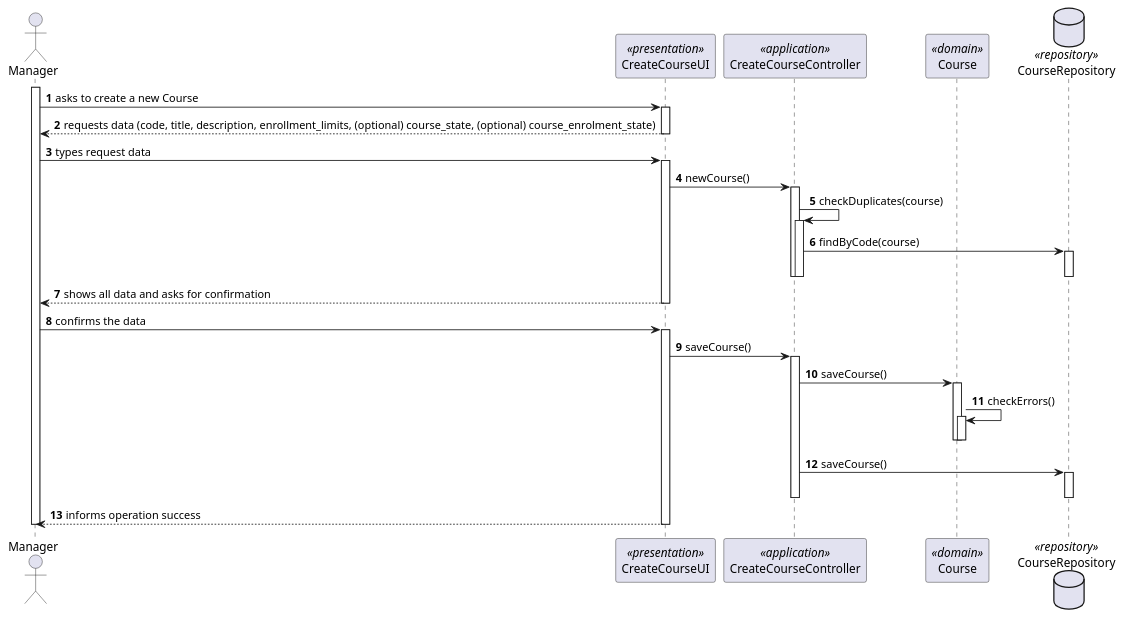
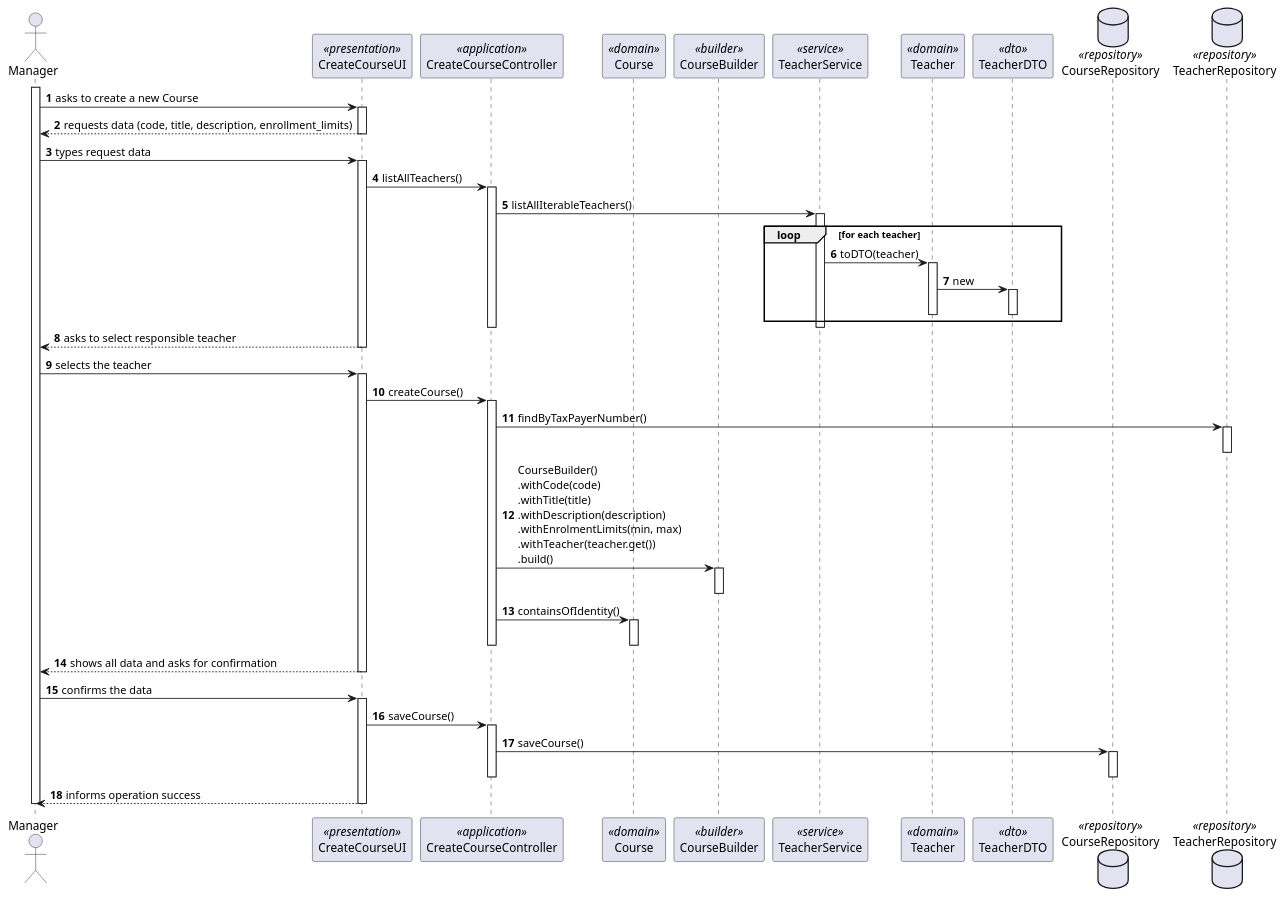
The diagram in docs/sprint-b/us08-1002/US1002_SD.puml (miseEnPlace-dev/lapr4), drawn with PlantUML before and after one commit. The commit also changed 3 other files, not shown here.

```diff
--- a/docs/sprint-b/us08-1002/US1002_SD.puml
+++ b/docs/sprint-b/us08-1002/US1002_SD.puml
@@ -1,61 +1,89 @@
 @startuml US1002_SD
 autonumber
 
 actor "Manager" as M
 participant "CreateCourseUI" as UI <<presentation>>
 participant "CreateCourseController" as CTRL <<application>>
 participant "Course" as C <<domain>>
+participant "CourseBuilder" as B <<builder>>
+participant "TeacherService" as TS <<service>>
+participant "Teacher" as T <<domain>>
+participant "TeacherDTO" as DTO <<dto>>
 
 database CourseRepository as REPC <<repository>>
+database TeacherRepository as TEAC <<repository>>
 
 activate M
 
 M -> UI : asks to create a new Course
 activate UI
 
-UI --> M : requests data (code, title, description, enrollment_limits, (optional) course_state, (optional) course_enrolment_state)
+UI --> M : requests data (code, title, description, enrollment_limits)
 deactivate UI
 
 M -> UI : types request data
 activate UI
 
-UI -> CTRL : newCourse()
+UI -> CTRL : listAllTeachers()
 activate CTRL
 
-CTRL -> CTRL : checkDuplicates(course)
+CTRL -> TS : listAllIterableTeachers()
+activate TS
+
+loop for each teacher
+  TS -> T : toDTO(teacher)
+  activate T
+  T -> DTO : new
+  activate DTO
+  deactivate DTO
+  deactivate T
+end loop
+
+deactivate TS
+
+deactivate CTRL
+
+UI --> M : asks to select responsible teacher
+deactivate UI
+
+M -> UI : selects the teacher
+activate UI
+
+UI -> CTRL : createCourse()
 activate CTRL
 
-CTRL -> REPC : findByCode(course)
-activate REPC
-deactivate REPC
+CTRL -> TEAC : findByTaxPayerNumber()
+activate TEAC
+deactivate TEAC
+
+CTRL -> B : CourseBuilder()\n.withCode(code)\n.withTitle(title)\n.withDescription(description)\n.withEnrolmentLimits(min, max)\n.withTeacher(teacher.get())\n.build()
+activate B
+deactivate B
+
+CTRL -> C : containsOfIdentity()
+activate C
+deactivate C
+
 deactivate CTRL
 deactivate CTRL
 
 UI --> M : shows all data and asks for confirmation
 deactivate UI
 
 M -> UI : confirms the data
 activate UI
 
 UI->CTRL : saveCourse()
 activate CTRL
 
-CTRL -> C : saveCourse()
-activate C
-
-C-> C : checkErrors()
-activate C
-deactivate C
-deactivate C
-
 CTRL -> REPC : saveCourse()
 activate REPC
 deactivate REPC
 
 deactivate CTRL
 UI--> M : informs operation success
 deactivate UI
 
 deactivate M
 
 @enduml
```
